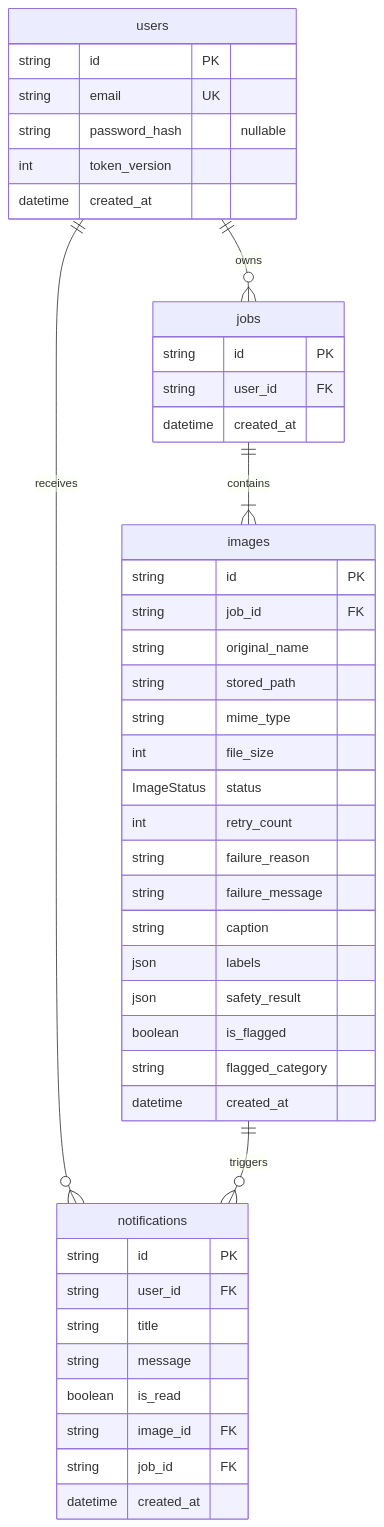
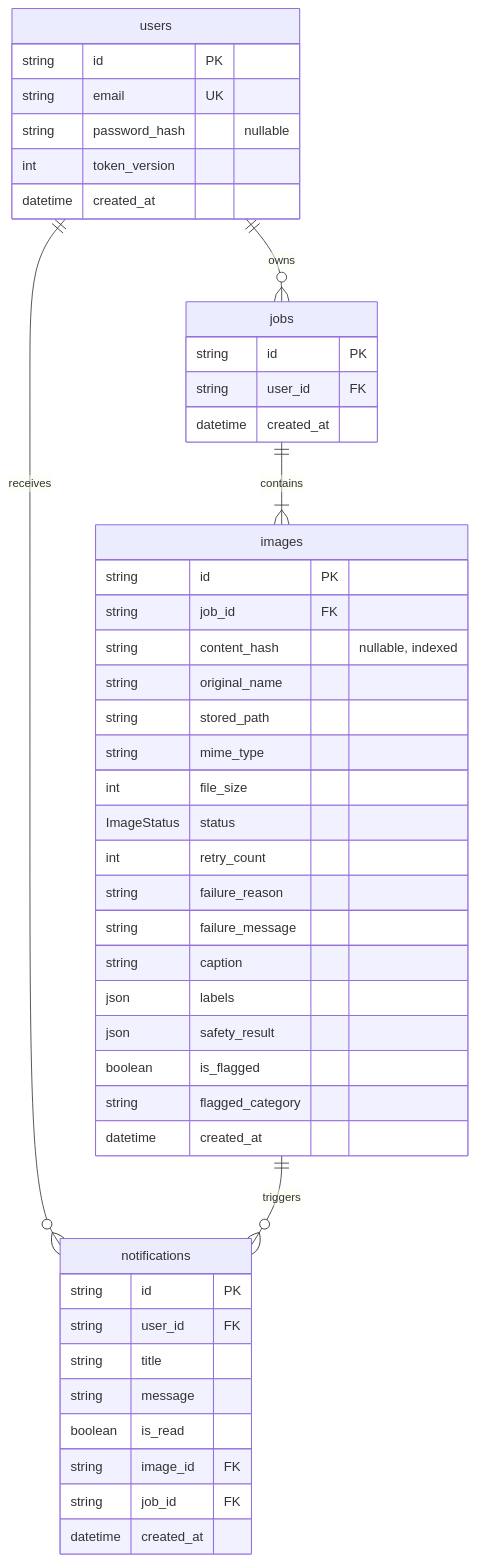
The second of 5 diagrams in architecture.md (bhumitschaudhry/AMPM), drawn with Mermaid before and after one commit. The commit also changed other lines of this file and 10 other files, not shown here.

````diff
--- a/architecture.md
+++ b/architecture.md
@@ -38,48 +41,49 @@
 ```mermaid
 erDiagram
     users ||--o{ jobs : owns
     users ||--o{ notifications : receives
     jobs ||--|{ images : contains
     images ||--o{ notifications : triggers
 
     users {
         string id PK
         string email UK
         string password_hash "nullable"
         int token_version
         datetime created_at
     }
     jobs {
         string id PK
         string user_id FK
         datetime created_at
     }
     images {
         string id PK
         string job_id FK
+        string content_hash "nullable, indexed"
         string original_name
         string stored_path
         string mime_type
         int file_size
         ImageStatus status
         int retry_count
         string failure_reason
         string failure_message
         string caption
         json labels
         json safety_result
         boolean is_flagged
         string flagged_category
         datetime created_at
     }
     notifications {
         string id PK
         string user_id FK
         string title
         string message
         boolean is_read
         string image_id FK
         string job_id FK
         datetime created_at
     }
 ```
````
